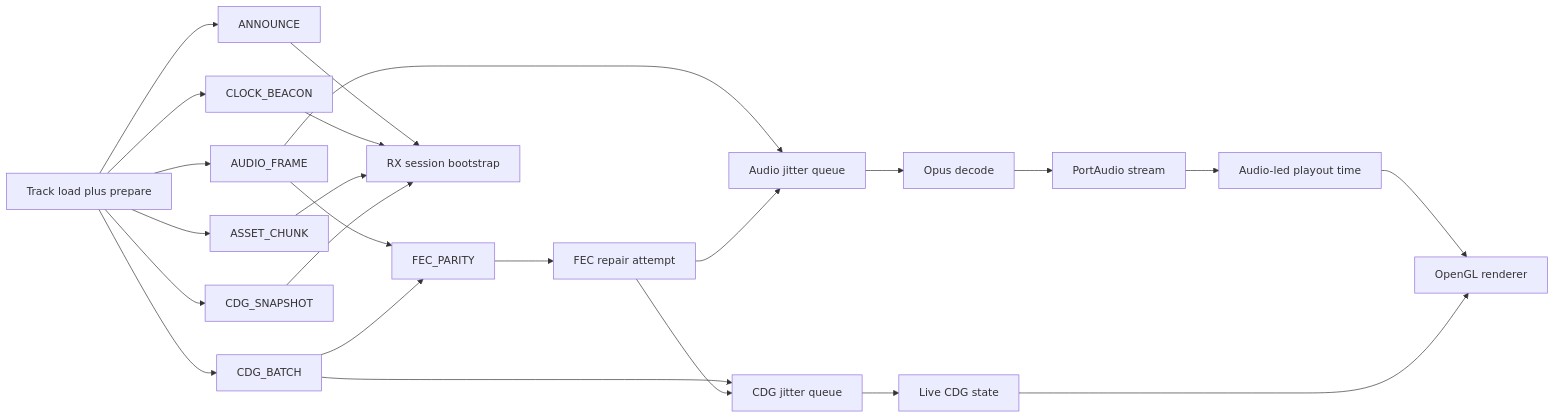
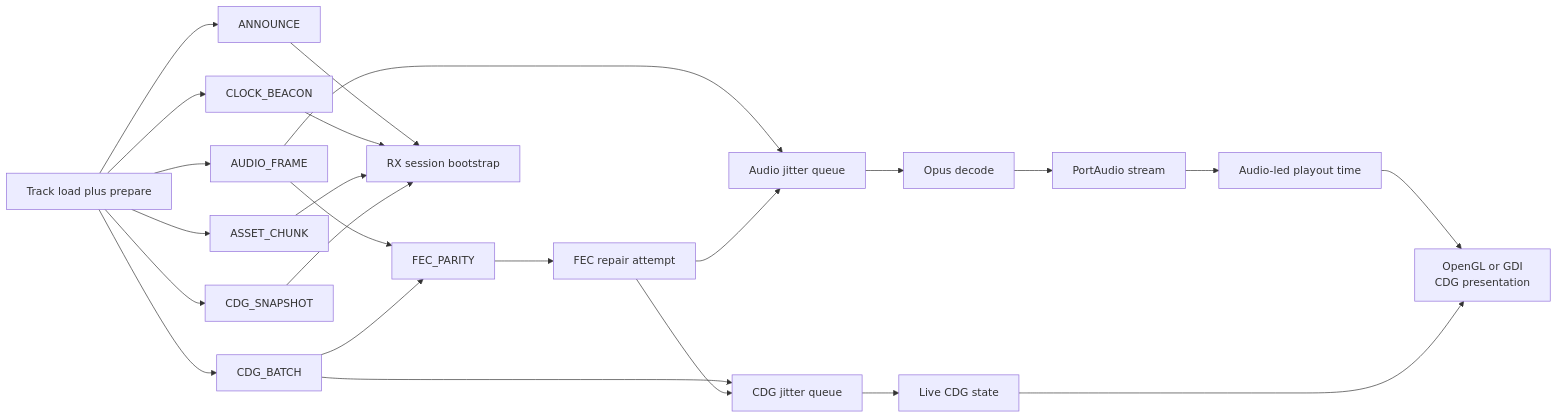
The second of 2 diagrams in docs/architecture/desktop-streaming.md (andrew867/dashcdg), drawn with Mermaid before and after one commit. The commit also changed other lines of this file and 5 other files, not shown here.

````diff
--- a/docs/architecture/desktop-streaming.md
+++ b/docs/architecture/desktop-streaming.md
@@ -37,26 +38,26 @@
 ```mermaid
 flowchart LR
     prep[Track load plus prepare] --> announce[ANNOUNCE]
     prep --> beacon[CLOCK_BEACON]
     prep --> chunks[ASSET_CHUNK]
     prep --> af[AUDIO_FRAME]
     prep --> cdg[CDG_BATCH]
     prep --> snap[CDG_SNAPSHOT]
     af --> fec[FEC_PARITY]
     cdg --> fec
     announce --> rxstate[RX session bootstrap]
     beacon --> rxstate
     chunks --> rxstate
     snap --> rxstate
     af --> jitter[Audio jitter queue]
     cdg --> jitter2[CDG jitter queue]
     fec --> repair[FEC repair attempt]
     repair --> jitter
     repair --> jitter2
     jitter --> decode[Opus decode]
     decode --> pa[PortAudio stream]
     jitter2 --> live[Live CDG state]
     pa --> sync[Audio-led playout time]
-    sync --> render[OpenGL renderer]
+    sync --> render[OpenGL or GDI<br/>CDG presentation]
     live --> render
 ```
````
